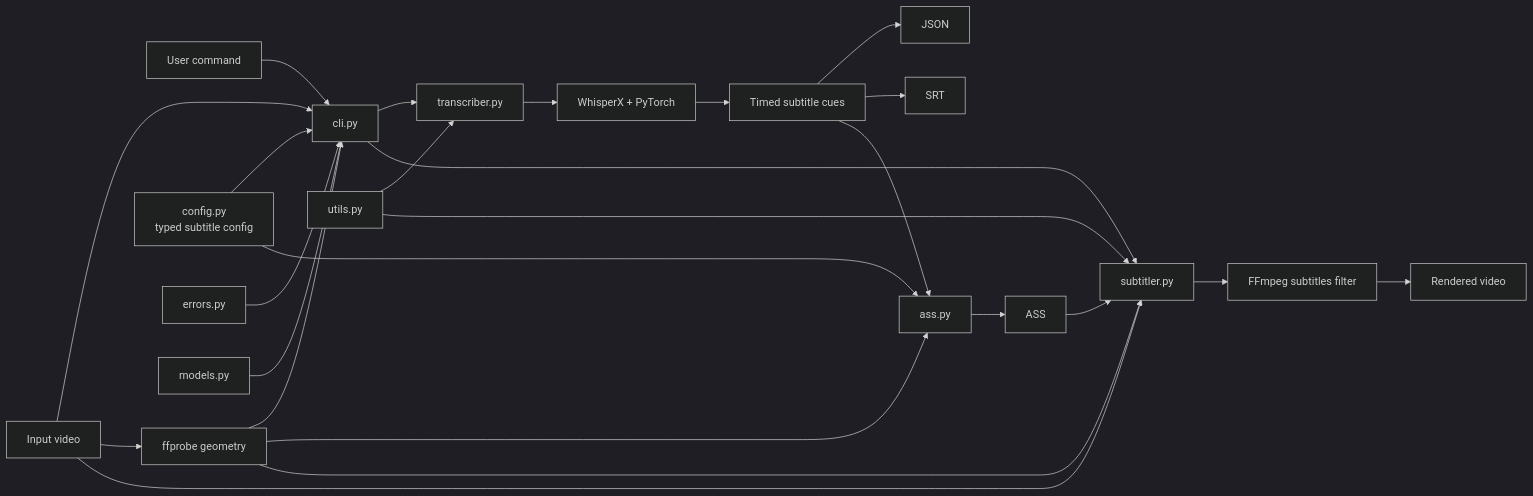
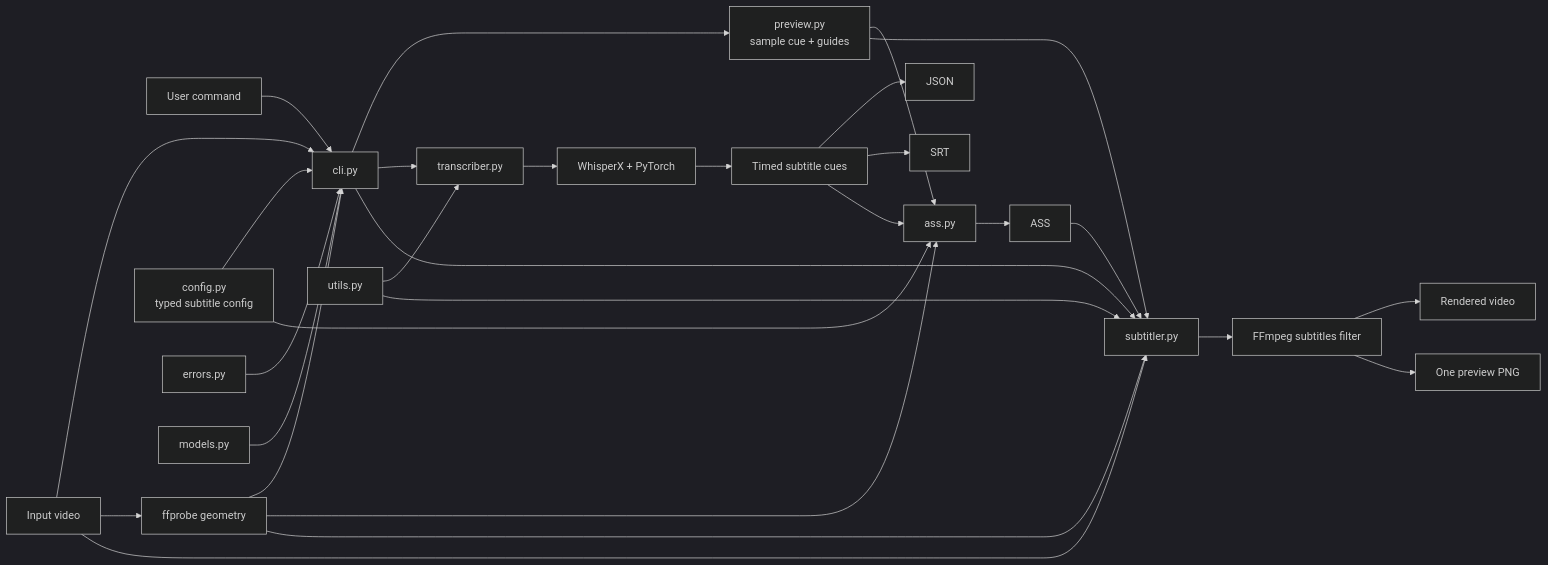
One commit to denilson-santos/multisubs changed the diagram in docs/architecture.md. Above: the diagram before and after it, drawn with Mermaid (dark theme). The commit also changed other lines of this file and 1 other file, not shown here.

Commit message:
feat: document subtitle layout preview guides

```diff
--- a/docs/architecture.md
+++ b/docs/architecture.md
@@ -10,27 +12,31 @@
 ~~~mermaid
 flowchart LR
     user[User command] --> cli[cli.py]
     input[Input video] --> cli
     input --> probe[ffprobe geometry]
     probe --> cli
     config[config.py<br/>typed subtitle config] --> cli
+    cli --> preview[preview.py<br/>sample cue + guides]
     cli --> transcriber[transcriber.py]
     transcriber --> whisper[WhisperX + PyTorch]
     whisper --> cues[Timed subtitle cues]
     cues --> json[JSON]
     cues --> srt[SRT]
     cues --> asswriter[ass.py]
     asswriter --> ass[ASS]
+    preview --> asswriter
     config --> asswriter
     probe --> asswriter
     cli --> subtitler[subtitler.py]
+    preview --> subtitler
     input --> subtitler
     ass --> subtitler
     probe --> subtitler
     subtitler --> ffmpeg[FFmpeg subtitles filter]
     ffmpeg --> video[Rendered video]
+    ffmpeg --> png[One preview PNG]
     utils[utils.py] --> transcriber
     utils --> subtitler
     errors[errors.py] --> cli
     models[models.py] --> cli
 ~~~
```
